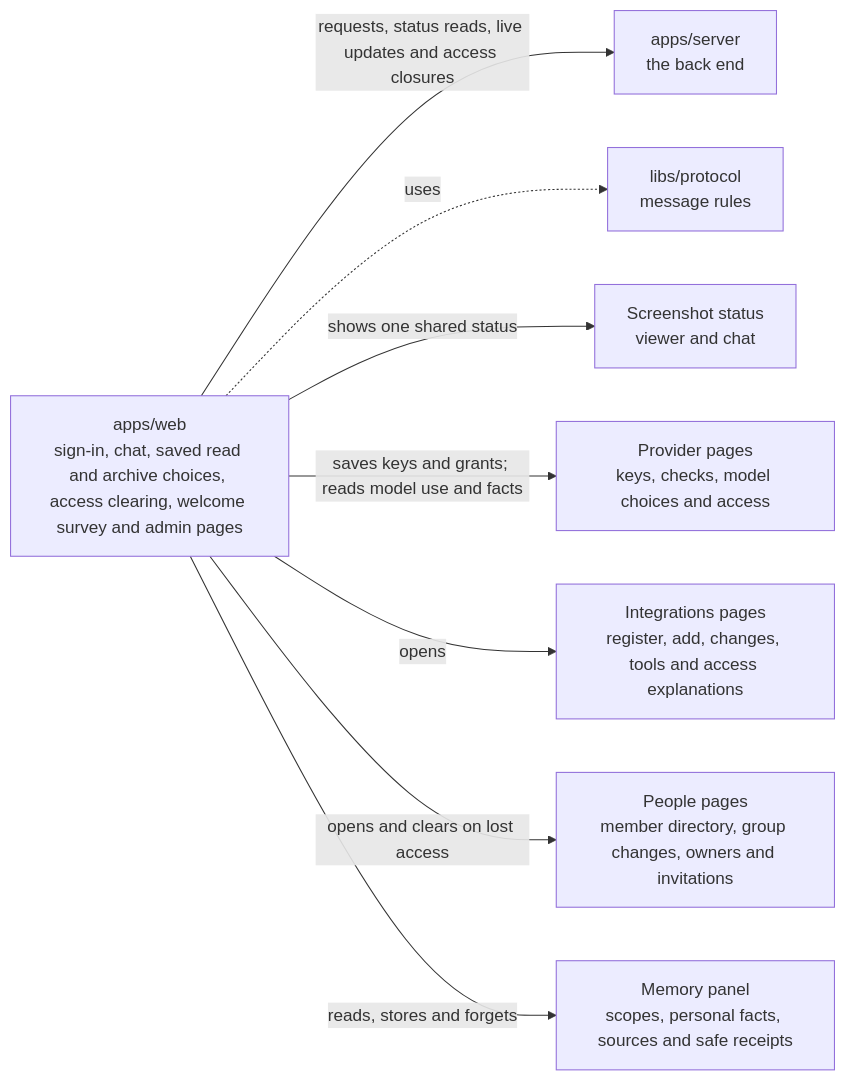
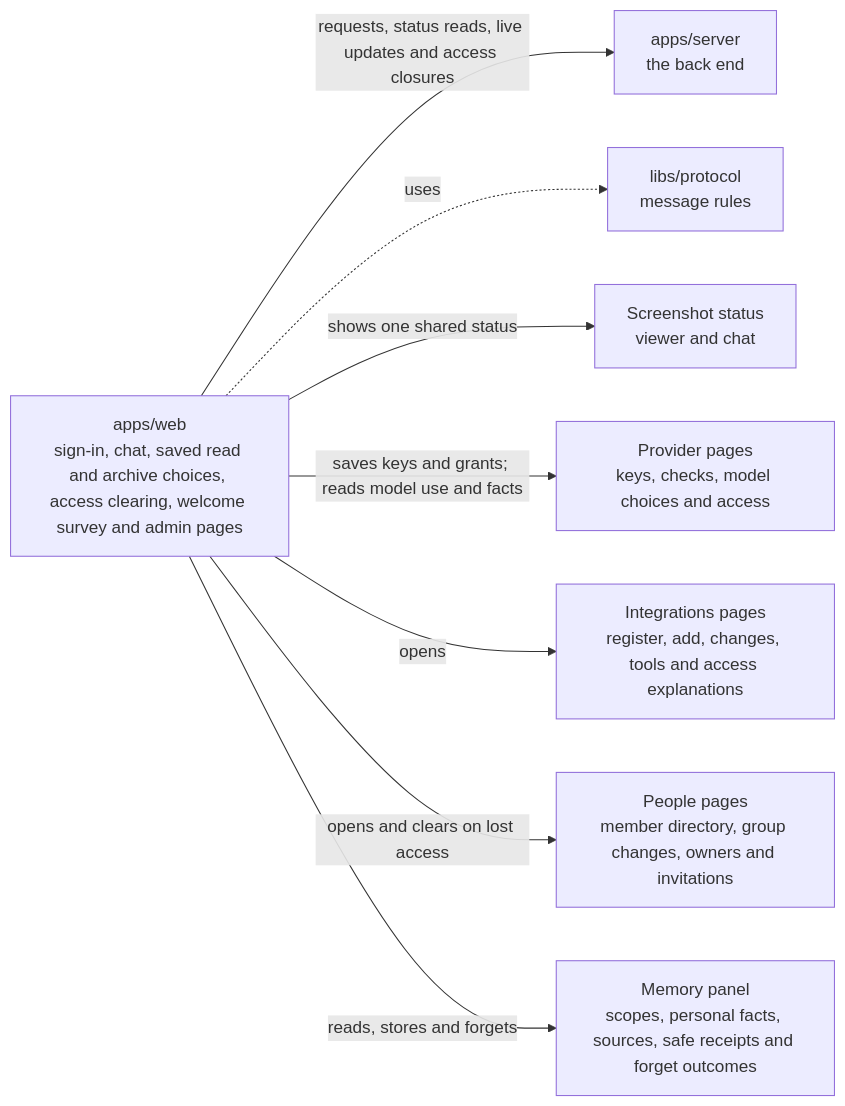
One commit to elewa-git/opencrane-new changed the diagram in apps/web/README.md. Above: the diagram before and after it, drawn with Mermaid. The commit also changed other lines of this file and 19 other files, not shown here.

Commit message:
🧹 Clear forgotten memory text and keep separate outcomes

````diff
--- a/apps/web/README.md
+++ b/apps/web/README.md
@@ -11,10 +11,10 @@
 ```mermaid
 flowchart LR
   web["apps/web<br/>sign-in, chat, saved read and archive choices, access clearing, welcome survey and admin pages"] -->|requests, status reads, live updates and access closures| server["apps/server<br/>the back end"]
   web -.->|uses| protocol["libs/protocol<br/>message rules"]
   web -->|shows one shared status| capture["Screenshot status<br/>viewer and chat"]
   web -->|saves keys and grants; reads model use and facts| providers["Provider pages<br/>keys, checks, model choices and access"]
   web -->|opens| integrations["Integrations pages<br/>register, add, changes, tools and access explanations"]
   web -->|opens and clears on lost access| people["People pages<br/>member directory, group changes, owners and invitations"]
-  web -->|reads, stores and forgets| memory["Memory panel<br/>scopes, personal facts, sources and safe receipts"]
+  web -->|reads, stores and forgets| memory["Memory panel<br/>scopes, personal facts, sources, safe receipts and forget outcomes"]
 ```
````
